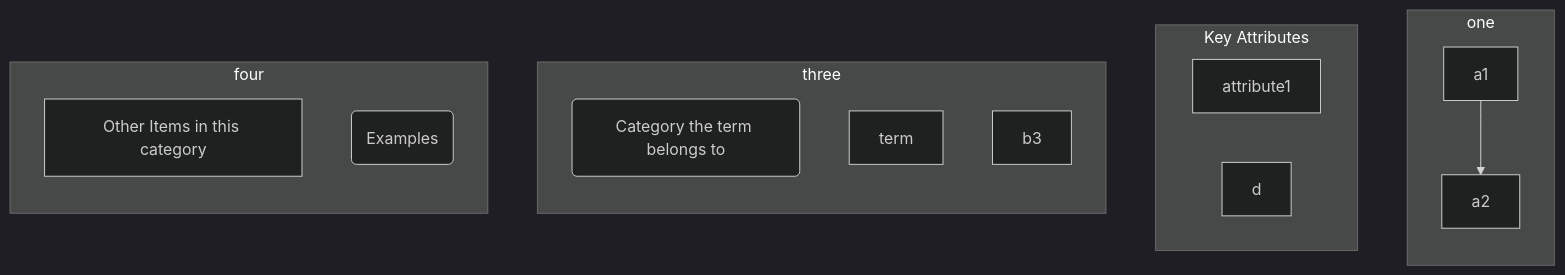
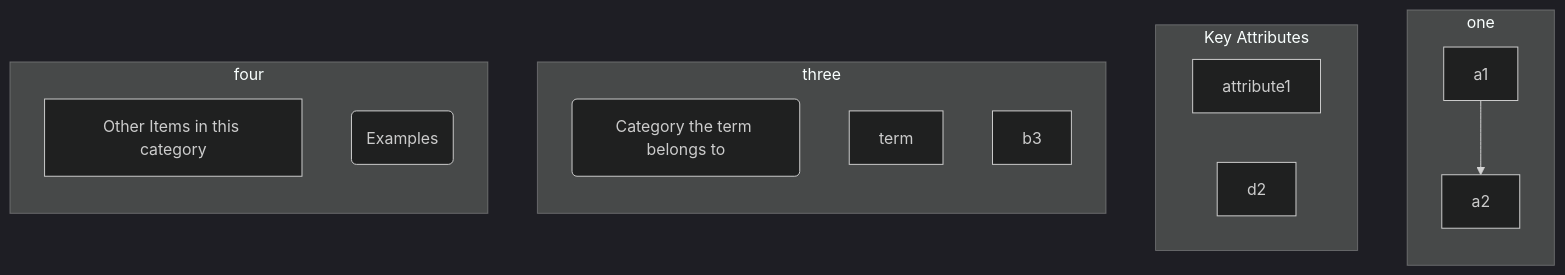
The diagram in slides.md (gerbssusd/dok), drawn with Mermaid (dark theme) before and after one commit.

````diff
--- a/slides.md
+++ b/slides.md
@@ -217,28 +217,28 @@
 ```mermaid
 flowchart TB
     subgraph one 
      direction TB
     a1-->a2
      end
     subgraph Key Attributes
      d1[attribute1]
-     d
+     d2
      end
     subgraph three
       direction TB
         b1(Category the term belongs to)
         b2[term]
         b3 
         end
     subgraph four
       direction TB
     c1[Other Items in this category] 
     c2(Examples)
     end
 
 
 
 
 
 
 ```
````
